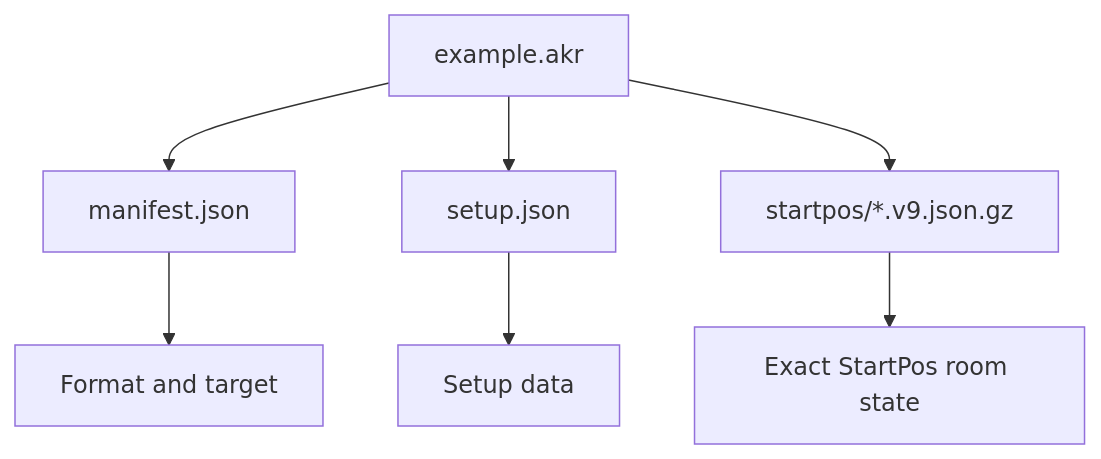
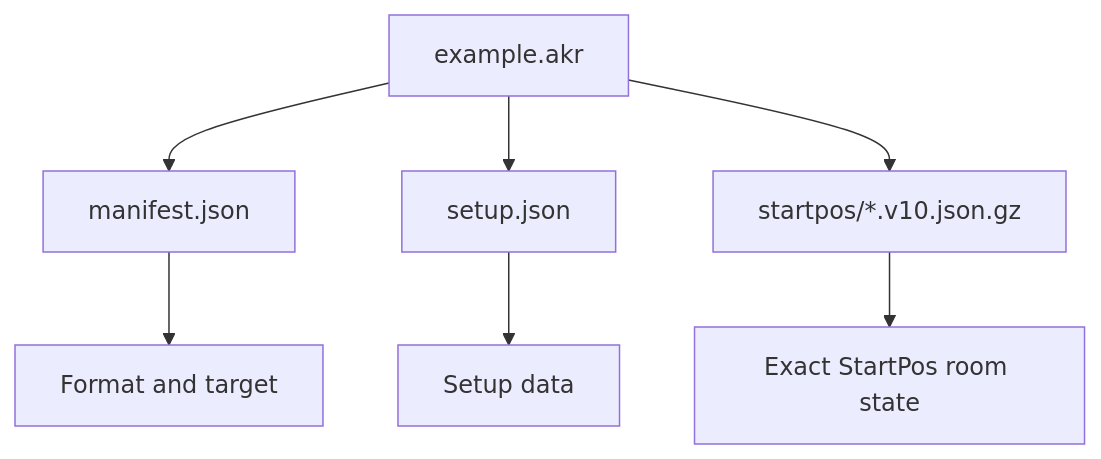
Before and after one commit to Microck/akron: the diagram in docs/concepts/akr-files-and-setup-state.mdx, drawn with Mermaid. The commit also changed other lines of this file and 20 other files, not shown here.

````diff
--- a/docs/concepts/akr-files-and-setup-state.mdx
+++ b/docs/concepts/akr-files-and-setup-state.mdx
@@ -27,9 +27,9 @@
 ```mermaid
 flowchart TD
   archive["example.akr"] --> manifest["manifest.json"]
   archive --> payload["setup.json"]
-  archive --> snapshots["startpos/*.v9.json.gz"]
+  archive --> snapshots["startpos/*.v10.json.gz"]
   manifest --> target["Format and target"]
   payload --> settings["Setup data"]
   snapshots --> roomState["Exact StartPos room state"]
 ```
````
